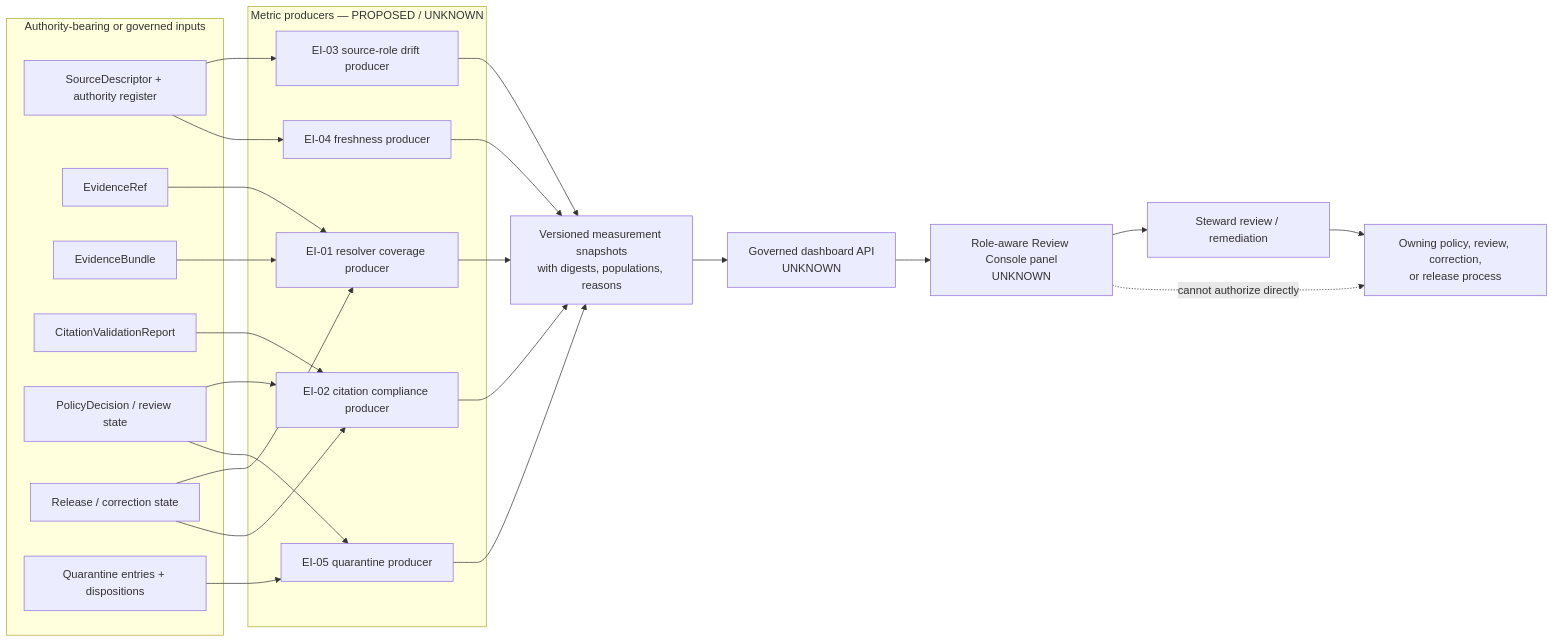
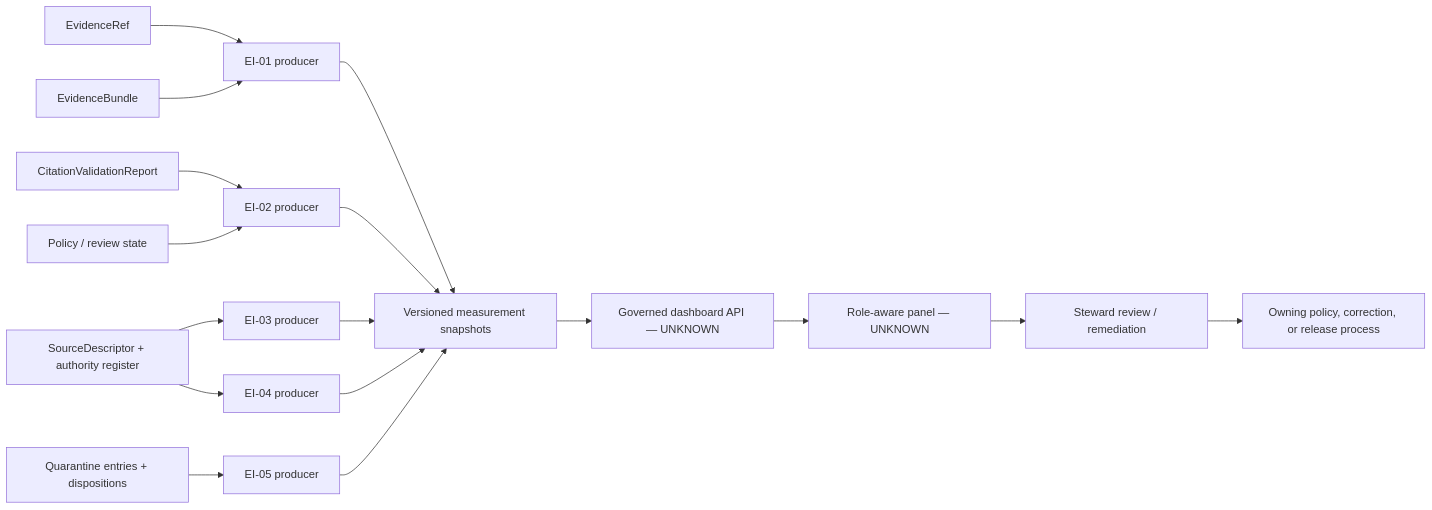
Before and after one commit to bartytime4life/Kansas-Frontier-Matrix: the diagram in docs/dashboards/governance/EVIDENCE_INTEGRITY.md, drawn with Mermaid. The commit also changed other lines of this file, not shown here.

Commit message:
fix(docs): normalize evidence dashboard metadata

````diff
--- a/docs/dashboards/governance/EVIDENCE_INTEGRITY.md
+++ b/docs/dashboards/governance/EVIDENCE_INTEGRITY.md
@@ -453,49 +368,19 @@
 ```mermaid
 flowchart LR
-  subgraph AUTHORITIES["Authority-bearing or governed inputs"]
-    SD["SourceDescriptor + authority register"]
-    ER["EvidenceRef"]
-    EB["EvidenceBundle"]
-    CV["CitationValidationReport"]
-    PD["PolicyDecision / review state"]
-    REL["Release / correction state"]
-    Q["Quarantine entries + dispositions"]
-  end
-
-  subgraph PRODUCERS["Metric producers — PROPOSED / UNKNOWN"]
-    P1["EI-01 resolver coverage producer"]
-    P2["EI-02 citation compliance producer"]
-    P3["EI-03 source-role drift producer"]
-    P4["EI-04 freshness producer"]
-    P5["EI-05 quarantine producer"]
-  end
-
-  SNAP["Versioned measurement snapshots<br/>with digests, populations, reasons"]
-  API["Governed dashboard API<br/>UNKNOWN"]
-  UI["Role-aware Review Console panel<br/>UNKNOWN"]
-  REVIEW["Steward review / remediation"]
-  DECIDE["Owning policy, review, correction,<br/>or release process"]
-
-  ER --> P1
-  EB --> P1
-  CV --> P2
-  PD --> P2
-  SD --> P3
-  SD --> P4
-  Q --> P5
-  PD --> P5
-  REL --> P1
-  REL --> P2
-
-  P1 --> SNAP
-  P2 --> SNAP
-  P3 --> SNAP
-  P4 --> SNAP
-  P5 --> SNAP
-  SNAP --> API
-  API --> UI
-  UI --> REVIEW
-  REVIEW --> DECIDE
-
-  UI -. "cannot authorize directly" .-> DECIDE
+  ER[EvidenceRef] --> P1[EI-01 producer]
+  EB[EvidenceBundle] --> P1
+  CV[CitationValidationReport] --> P2[EI-02 producer]
+  PD[Policy / review state] --> P2
+  SD[SourceDescriptor + authority register] --> P3[EI-03 producer]
+  SD --> P4[EI-04 producer]
+  Q[Quarantine entries + dispositions] --> P5[EI-05 producer]
+  P1 --> S[Versioned measurement snapshots]
+  P2 --> S
+  P3 --> S
+  P4 --> S
+  P5 --> S
+  S --> API[Governed dashboard API — UNKNOWN]
+  API --> UI[Role-aware panel — UNKNOWN]
+  UI --> R[Steward review / remediation]
+  R --> D[Owning policy, correction, or release process]
 ```
````
